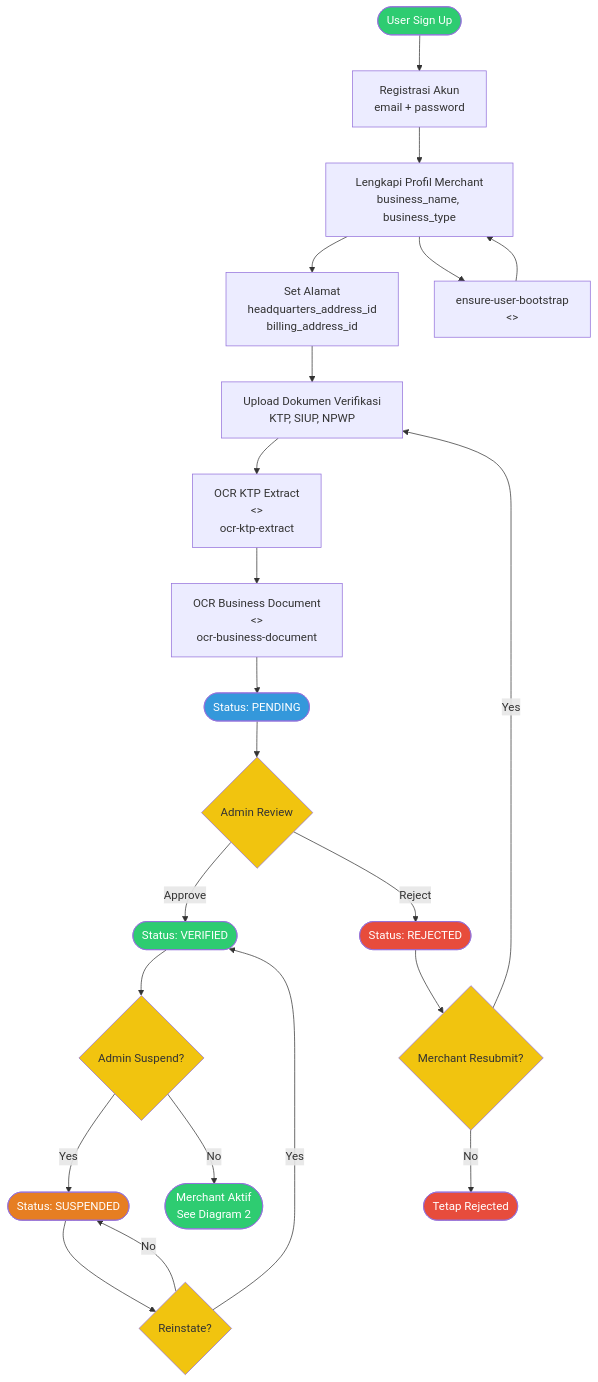
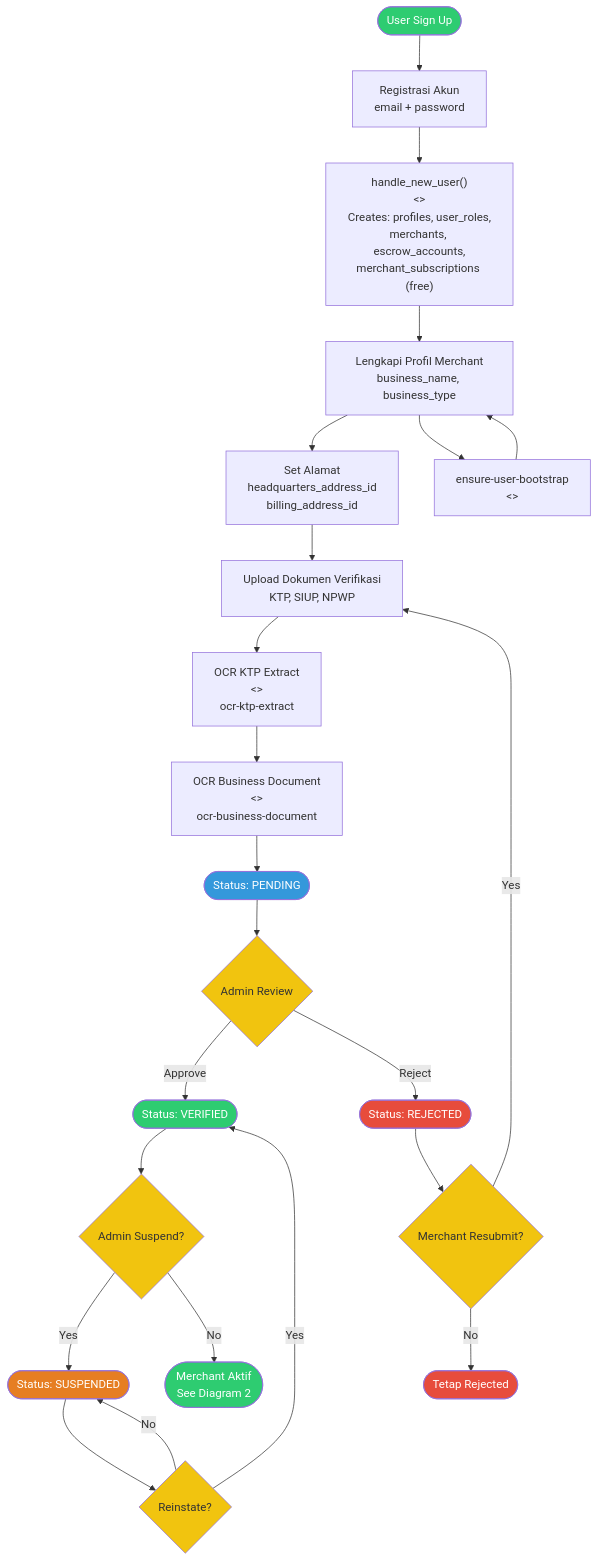
The first of 15 diagrams in old-docs/merchant_activity_diagram.md (itsramaa/Sistem-Hunian), drawn with Mermaid before and after one commit. The commit also changed other lines of this file, not shown here.

````diff
--- a/old-docs/merchant_activity_diagram.md
+++ b/old-docs/merchant_activity_diagram.md
@@ -42,40 +42,41 @@
 ```mermaid
 flowchart TD
     START([User Sign Up]) --> REG[Registrasi Akun<br/>email + password]
-    REG --> PROFILE[Lengkapi Profil Merchant<br/>business_name, business_type]
+    REG --> TRIGGER_NEW["handle_new_user()<br/><<trigger>><br/>Creates: profiles, user_roles,<br/>merchants, escrow_accounts,<br/>merchant_subscriptions (free)"]
+    TRIGGER_NEW --> PROFILE[Lengkapi Profil Merchant<br/>business_name, business_type]
     PROFILE --> ADDR[Set Alamat<br/>headquarters_address_id<br/>billing_address_id]
     ADDR --> UPLOAD[Upload Dokumen Verifikasi<br/>KTP, SIUP, NPWP]
     UPLOAD --> OCR_KTP["OCR KTP Extract<br/><<edge function>><br/>ocr-ktp-extract"]
     OCR_KTP --> OCR_BIZ["OCR Business Document<br/><<edge function>><br/>ocr-business-document"]
     OCR_BIZ --> PENDING([Status: PENDING])
 
     PENDING --> ADMIN_REVIEW{Admin Review}
     ADMIN_REVIEW -->|Approve| VERIFIED([Status: VERIFIED])
     ADMIN_REVIEW -->|Reject| REJECTED([Status: REJECTED])
 
     REJECTED --> RESUBMIT{Merchant Resubmit?}
     RESUBMIT -->|Yes| UPLOAD
     RESUBMIT -->|No| REJECTED_END([Tetap Rejected])
 
     VERIFIED --> SUSPEND_CHECK{Admin Suspend?}
     SUSPEND_CHECK -->|Yes| SUSPENDED([Status: SUSPENDED])
     SUSPEND_CHECK -->|No| ACTIVE_MERCHANT([Merchant Aktif<br/>See Diagram 2])
     SUSPENDED --> REINSTATE{Reinstate?}
     REINSTATE -->|Yes| VERIFIED
     REINSTATE -->|No| SUSPENDED
 
     PROFILE --> BOOTSTRAP["ensure-user-bootstrap<br/><<edge function>>"]
     BOOTSTRAP --> PROFILE
 
     style START fill:#2ecc71,color:#fff
     style VERIFIED fill:#2ecc71,color:#fff
     style ACTIVE_MERCHANT fill:#2ecc71,color:#fff
     style REJECTED fill:#e74c3c,color:#fff
     style REJECTED_END fill:#e74c3c,color:#fff
     style SUSPENDED fill:#e67e22,color:#fff
     style PENDING fill:#3498db,color:#fff
     style ADMIN_REVIEW fill:#f1c40f,color:#333
     style RESUBMIT fill:#f1c40f,color:#333
     style SUSPEND_CHECK fill:#f1c40f,color:#333
     style REINSTATE fill:#f1c40f,color:#333
 ```
````
